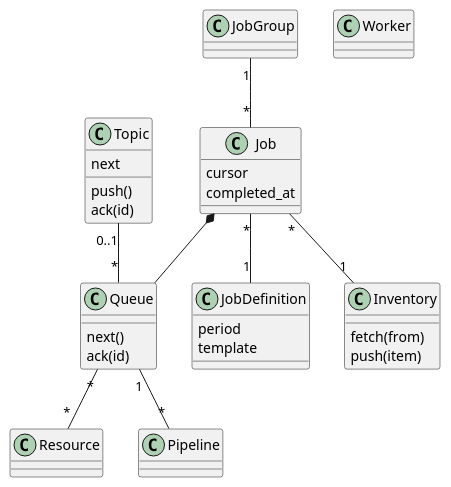
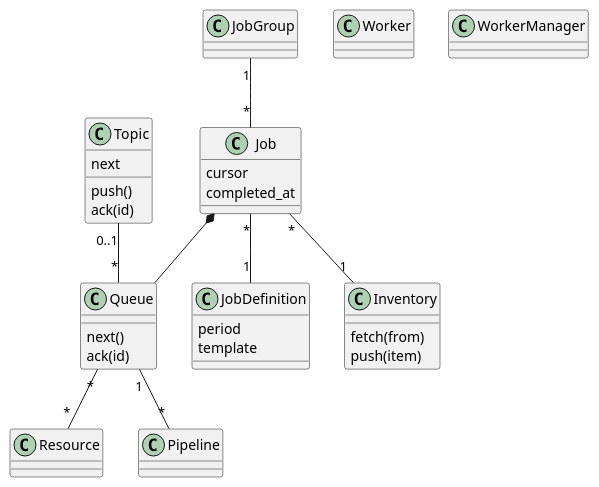
One commit to Flared/saturn changed the diagram in docs/plantuml/class_diagram.plantuml. Above: the diagram before and after it, drawn with PlantUML.

Commit message:
docs: add workermanager

```diff
--- a/docs/plantuml/class_diagram.plantuml
+++ b/docs/plantuml/class_diagram.plantuml
@@ -1,49 +1,52 @@
 @startuml
 
 class Topic {
     push()
     next
     ack(id)
 }
 
 class Job {
   cursor
   completed_at
 }
 
 class  Worker {
 }
 
 class Queue {
   next()
   ack(id)
 }
 
 class JobDefinition {
   period
   template
 }
 
 class Inventory {
   fetch(from)
   push(item)
 }
 
 class Resource {
 }
 
 class Pipeline {
 }
 
 class JobGroup {
 }
 
+class WorkerManager {
+}
+
 Topic "0..1" -- "*" Queue
 Queue "*" -- "*" Resource
 Queue "1" -- "*" Pipeline
 Job *-- Queue
 Job "*" -- "1" JobDefinition
 Job "*" -- "1" Inventory
 JobGroup "1" -- "*" Job
 
 @enduml
```
